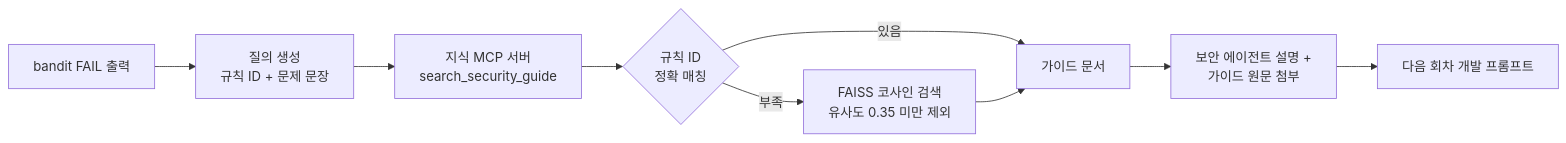
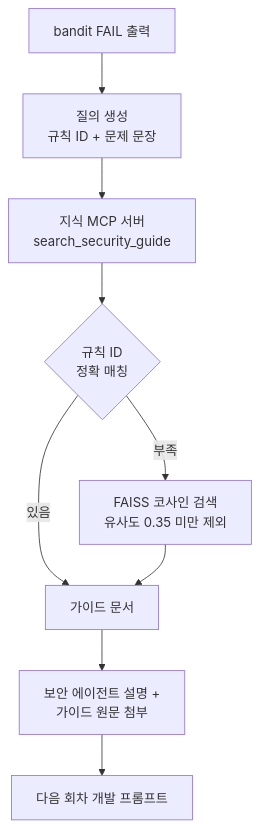
Before and after one commit to skeey66/V-SI: the second of 3 diagrams in README.md, drawn with Mermaid. The commit also changed other lines of this file, not shown here.

Commit message:
docs(readme): 흐름도를 세로 방향으로 바꿔 읽기 쉽게 한다

````diff
--- a/README.md
+++ b/README.md
@@ -115,11 +115,11 @@
 ```mermaid
-flowchart LR
+flowchart TD
     B[bandit FAIL 출력] --> QY[질의 생성<br/>규칙 ID + 문제 문장]
     QY --> MCP[지식 MCP 서버<br/>search_security_guide]
     MCP --> X{규칙 ID<br/>정확 매칭}
     X -- 있음 --> H[가이드 문서]
     X -- 부족 --> V[FAISS 코사인 검색<br/>유사도 0.35 미만 제외]
     V --> H
     H --> SUM[보안 에이전트 설명 +<br/>가이드 원문 첨부]
     SUM --> DEV[다음 회차 개발 프롬프트]
 ```
````
